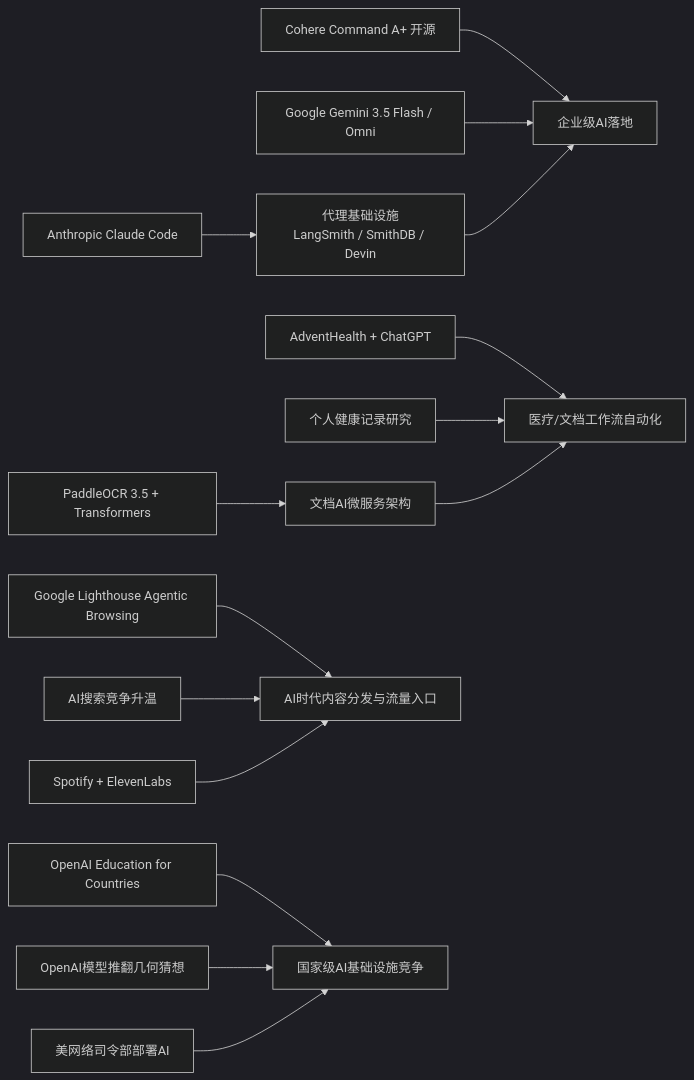
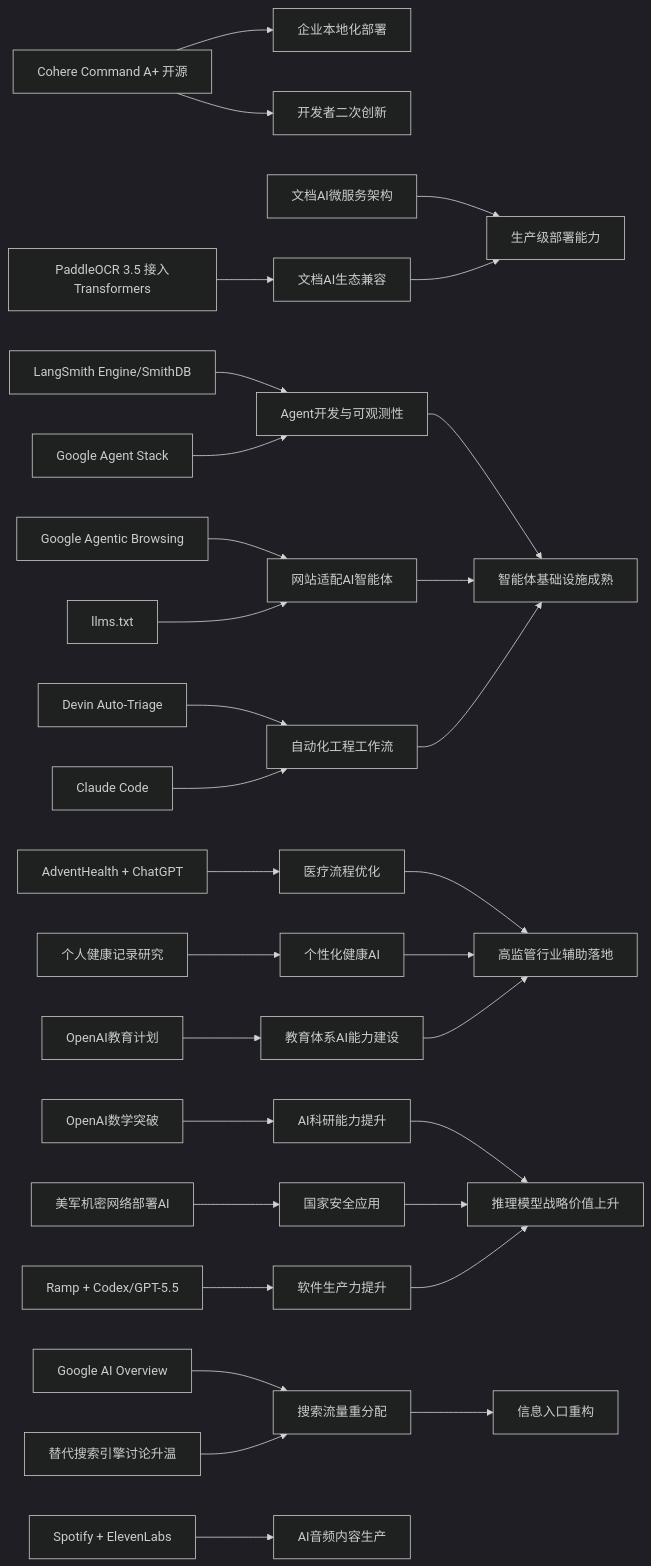
One commit to zhuxinfei/ai-daily-site changed the diagram in content/cn/2026/2026-05/2026-05-21.md. Above: the diagram before and after it, drawn with Mermaid (dark theme). The commit also changed other lines of this file, not shown here.

````diff
--- a/content/cn/2026/2026-05/2026-05-21.md
+++ b/content/cn/2026/2026-05/2026-05-21.md
@@ -119,42 +110,38 @@
 ```mermaid
 graph LR
-  Cohere[Cohere Command A+ 开源]
-  Google[Google Gemini 3.5 Flash / Omni]
-  Anthropic[Anthropic Claude Code]
-  Infra[代理基础设施<br/>LangSmith / SmithDB / Devin]
-  Enterprise[企业级AI落地]
+    A[Cohere Command A+ 开源] --> B[企业本地化部署]
+    A --> C[开发者二次创新]
+    D[PaddleOCR 3.5 接入Transformers] --> E[文档AI生态兼容]
+    F[文档AI微服务架构] --> G[生产级部署能力]
+    E --> G
 
-  Advent[AdventHealth + ChatGPT]
-  PHR[个人健康记录研究]
-  Paddle[PaddleOCR 3.5 + Transformers]
-  DocAI[文档AI微服务架构]
-  HealthAI[医疗/文档工作流自动化]
+    H[LangSmith Engine/SmithDB] --> I[Agent开发与可观测性]
+    J[Devin Auto-Triage] --> K[自动化工程工作流]
+    L[Claude Code] --> K
+    M[Google Agent Stack] --> I
+    N[Google Agentic Browsing] --> O[网站适配AI智能体]
+    P[llms.txt] --> O
+    I --> Q[智能体基础设施成熟]
+    O --> Q
+    K --> Q
 
-  Lighthouse[Google Lighthouse Agentic Browsing]
-  Search[AI搜索竞争升温]
-  Spotify[Spotify + ElevenLabs]
-  Traffic[AI时代内容分发与流量入口]
+    R[AdventHealth + ChatGPT] --> S[医疗流程优化]
+    T[个人健康记录研究] --> U[个性化健康AI]
+    S --> V[高监管行业辅助落地]
+    U --> V
+    W[OpenAI教育计划] --> X[教育体系AI能力建设]
+    X --> V
 
-  OpenAIEdu[OpenAI Education for Countries]
-  Math[OpenAI模型推翻几何猜想]
-  Cyber[美网络司令部部署AI]
-  StateAI[国家级AI基础设施竞争]
+    Y[OpenAI数学突破] --> Z[AI科研能力提升]
+    AA[美军机密网络部署AI] --> AB[国家安全应用]
+    AC[Ramp + Codex/GPT-5.5] --> AD[软件生产力提升]
+    Z --> AE[推理模型战略价值上升]
+    AB --> AE
+    AD --> AE
 
-  Cohere --> Enterprise
-  Google --> Enterprise
-  Anthropic --> Infra
-  Infra --> Enterprise
+    AF[Google AI Overview] --> AG[搜索流量重分配]
+    AH[替代搜索引擎讨论升温] --> AG
+    AG --> AI[信息入口重构]
 
-  Advent --> HealthAI
-  PHR --> HealthAI
-  Paddle --> DocAI
-  DocAI --> HealthAI
-
-  Lighthouse --> Traffic
-  Search --> Traffic
-  Spotify --> Traffic
-
-  OpenAIEdu --> StateAI
-  Math --> StateAI
-  Cyber --> StateAI
+    AJ[Spotify + ElevenLabs] --> AK[AI音频内容生产]
 ```
````
